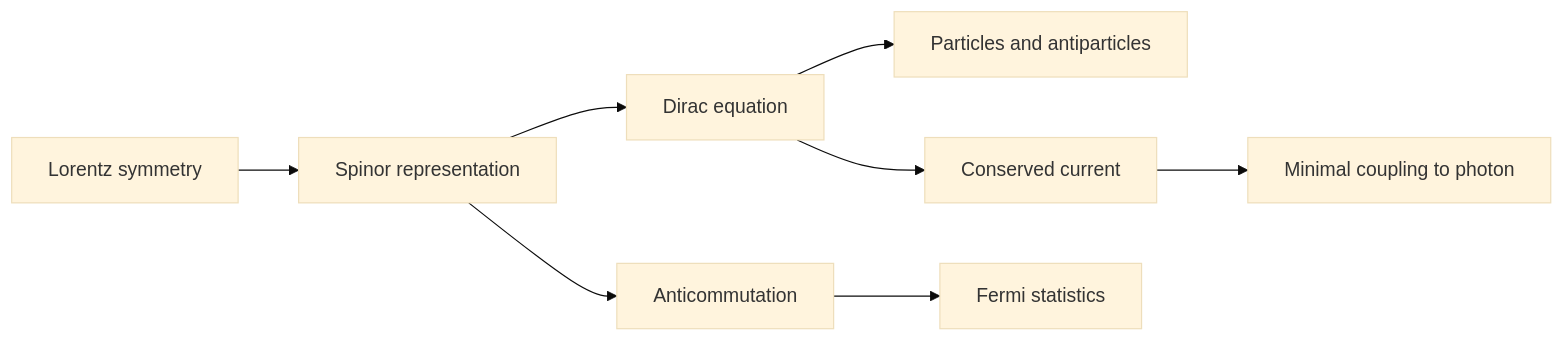
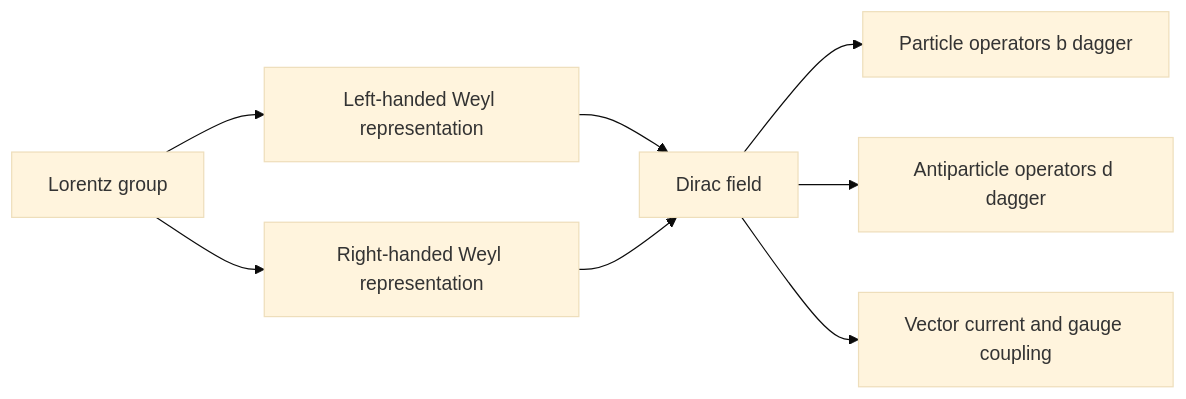
The diagram in docs/physics/quantum-field-theory/dirac-fields-and-spinors.md (justinbrianhwang/SJ-wiki), drawn with Mermaid (base theme) before and after one commit. The commit also changed other lines of this file and 166 other files, not shown here.

````diff
--- a/docs/physics/quantum-field-theory/dirac-fields-and-spinors.md
+++ b/docs/physics/quantum-field-theory/dirac-fields-and-spinors.md
@@ -124,10 +245,10 @@
 ```mermaid
 flowchart LR
-  A[Lorentz symmetry] --> B[Spinor representation]
-  B --> C[Dirac equation]
-  C --> D[Particles and antiparticles]
-  C --> E[Conserved current]
-  E --> F[Minimal coupling to photon]
-  B --> G[Anticommutation]
-  G --> H[Fermi statistics]
+  A["Lorentz group"] --> B["Left-handed Weyl representation"]
+  A --> C["Right-handed Weyl representation"]
+  B --> D["Dirac field"]
+  C --> D
+  D --> E["Particle operators b dagger"]
+  D --> F["Antiparticle operators d dagger"]
+  D --> G["Vector current and gauge coupling"]
 ```
````
